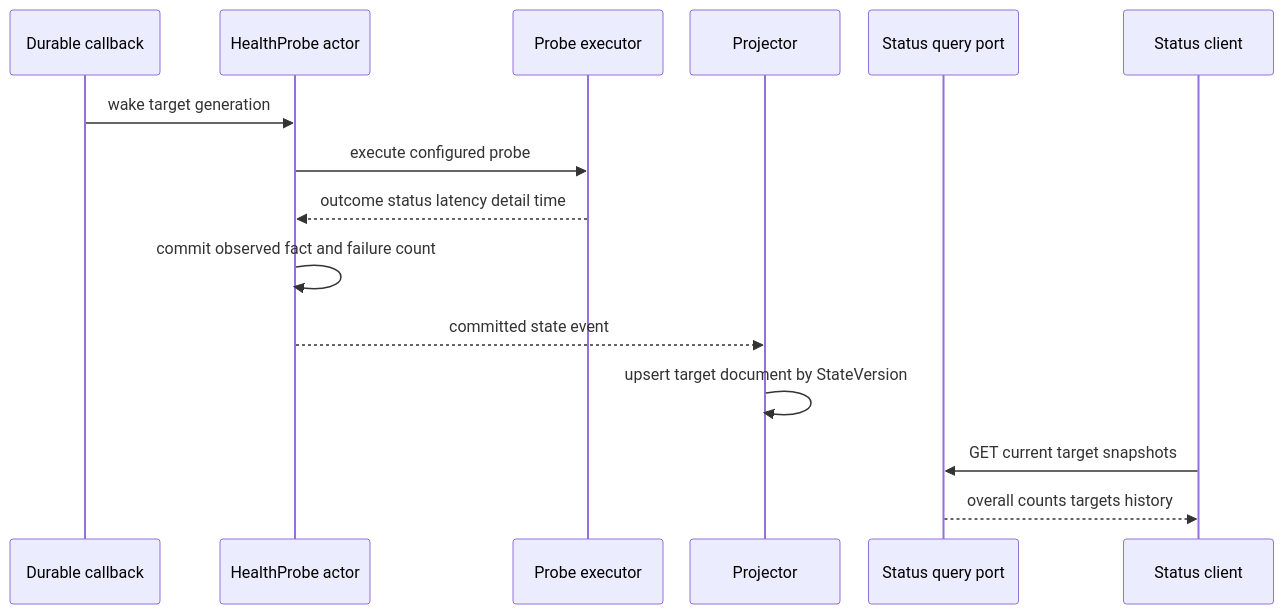
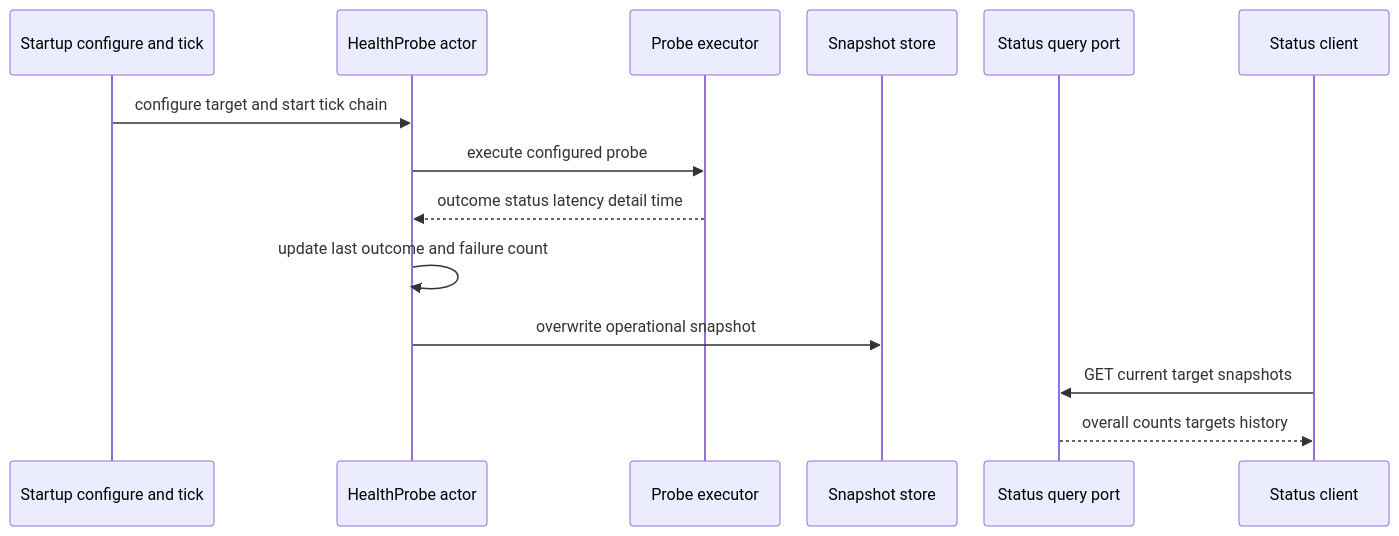
One commit to eanzhao-os/aevatar-review changed the second of 4 diagrams in 10/07-observability-status-and-observatory.md. Above: the diagram before and after it, drawn with Mermaid. The commit also changed other lines of this file and 17 other files, not shown here.

````diff
--- a/10/07-observability-status-and-observatory.md
+++ b/10/07-observability-status-and-observatory.md
@@ -65,18 +65,17 @@
 ```mermaid
 %%{init: {"maxTextSize": 100000, "sequence": {"actorMargin": 27, "messageMargin": 17, "diagramMarginX": 10, "diagramMarginY": 10}, "themeVariables": {"fontSize": "10px"}}}%%
 sequenceDiagram
-    participant C as Durable callback
+    participant C as Startup configure and tick
     participant H as HealthProbe actor
     participant X as Probe executor
-    participant P as Projector
+    participant S as Snapshot store
     participant Q as Status query port
     participant U as Status client
-    C->>H: wake target generation
+    C->>H: configure target and start tick chain
     H->>X: execute configured probe
     X-->>H: outcome status latency detail time
-    H->>H: commit observed fact and failure count
-    H-->>P: committed state event
-    P->>P: upsert target document by StateVersion
+    H->>H: update last outcome and failure count
+    H->>S: overwrite operational snapshot
     U->>Q: GET current target snapshots
     Q-->>U: overall counts targets history
 ```
````
